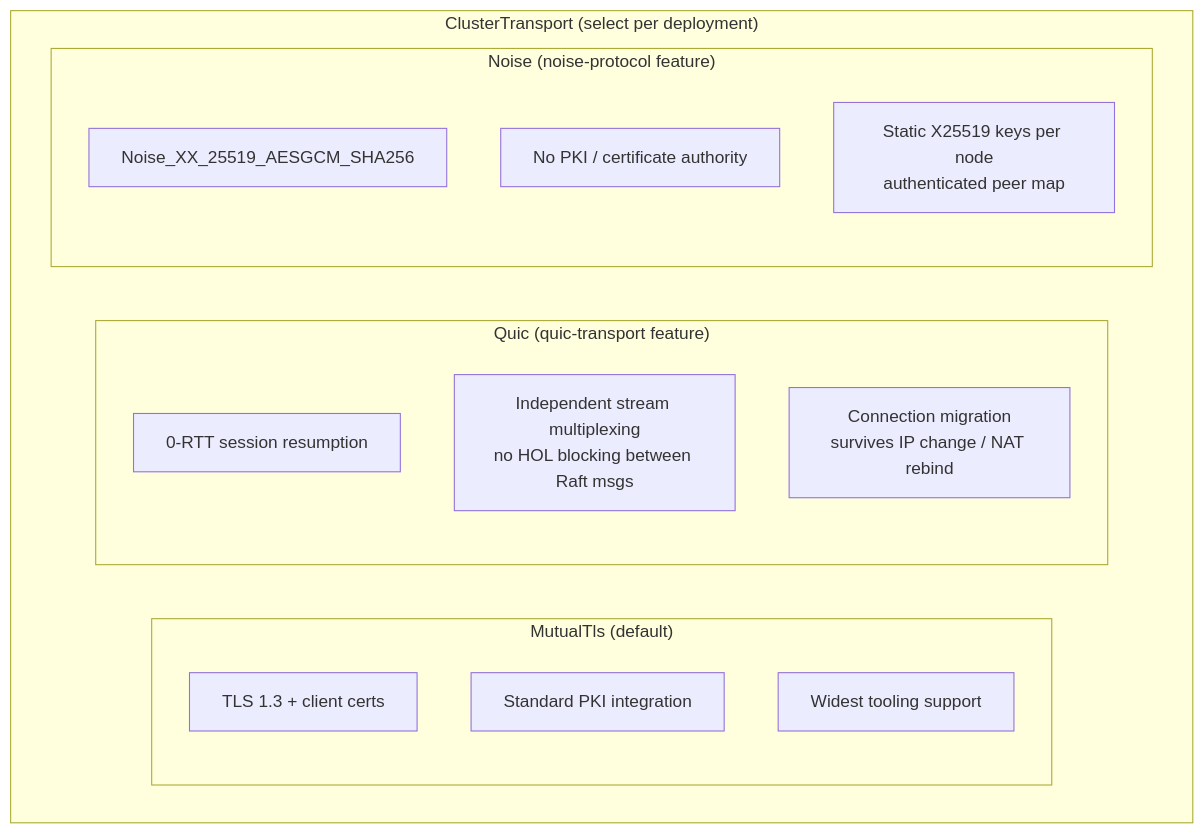
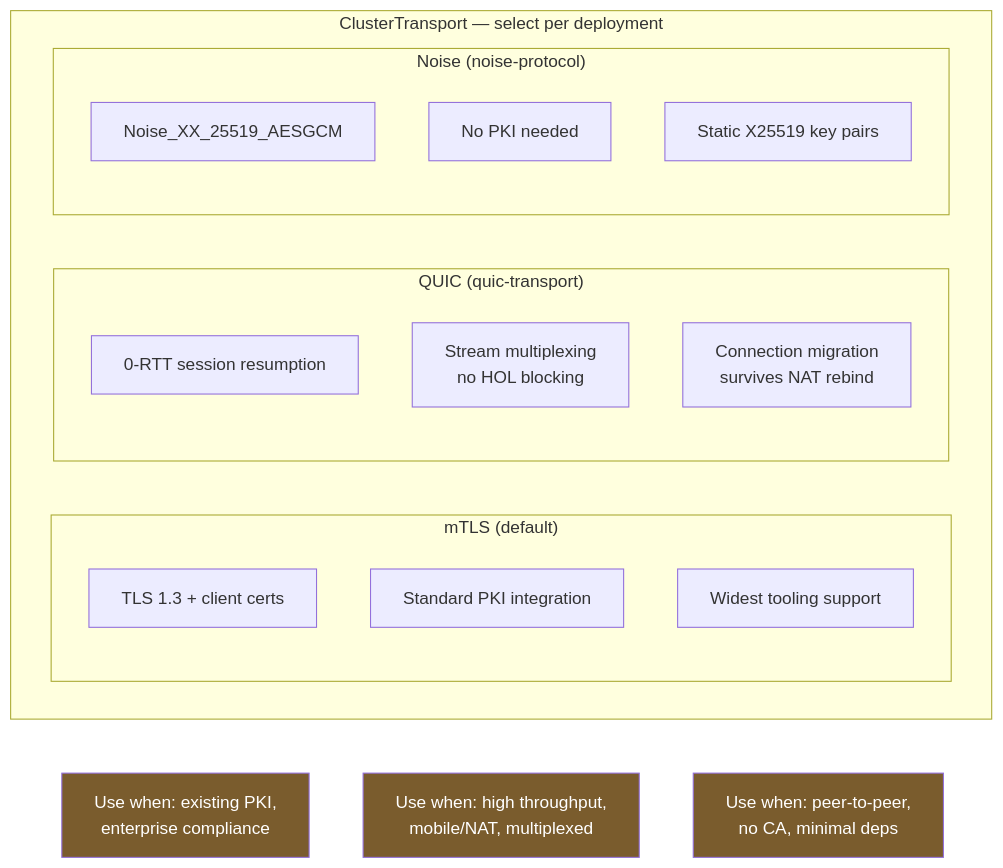
The tenth of 16 diagrams in README.md (sonoransun/multicraton-hsm-testnet), drawn with Mermaid before and after one commit. The commit also changed other lines of this file and 28 other files, not shown here.

````diff
--- a/README.md
+++ b/README.md
@@ -310,24 +336,31 @@
 ```mermaid
 graph TB
-    subgraph TRANSPORT["ClusterTransport  (select per deployment)"]
+    subgraph TRANSPORT["ClusterTransport — select per deployment"]
         direction LR
 
-        subgraph MTLS["MutualTls  (default)"]
+        subgraph MTLS["mTLS  (default)"]
             MT1["TLS 1.3 + client certs"]
             MT2["Standard PKI integration"]
             MT3["Widest tooling support"]
         end
 
-        subgraph QUIC["Quic  (quic-transport feature)"]
+        subgraph QUIC["QUIC  (quic-transport)"]
             QU1["0-RTT session resumption"]
-            QU2["Independent stream multiplexing<br/>no HOL blocking between Raft msgs"]
-            QU3["Connection migration<br/>survives IP change / NAT rebind"]
+            QU2["Stream multiplexing<br/>no HOL blocking"]
+            QU3["Connection migration<br/>survives NAT rebind"]
         end
 
-        subgraph NOISE["Noise  (noise-protocol feature)"]
-            NO1["Noise_XX_25519_AESGCM_SHA256"]
-            NO2["No PKI / certificate authority"]
-            NO3["Static X25519 keys per node<br/>authenticated peer map"]
+        subgraph NOISE["Noise  (noise-protocol)"]
+            NO1["Noise_XX_25519_AESGCM"]
+            NO2["No PKI needed"]
+            NO3["Static X25519 key pairs"]
         end
     end
+
+    MTLS ~~~ N1["Use when: existing PKI,<br/>enterprise compliance"]
+    QUIC ~~~ N2["Use when: high throughput,<br/>mobile/NAT, multiplexed"]
+    NOISE ~~~ N3["Use when: peer-to-peer,<br/>no CA, minimal deps"]
+
+    classDef note fill:#7a5c2d,color:#fff
+    class N1,N2,N3 note
 ```
````
